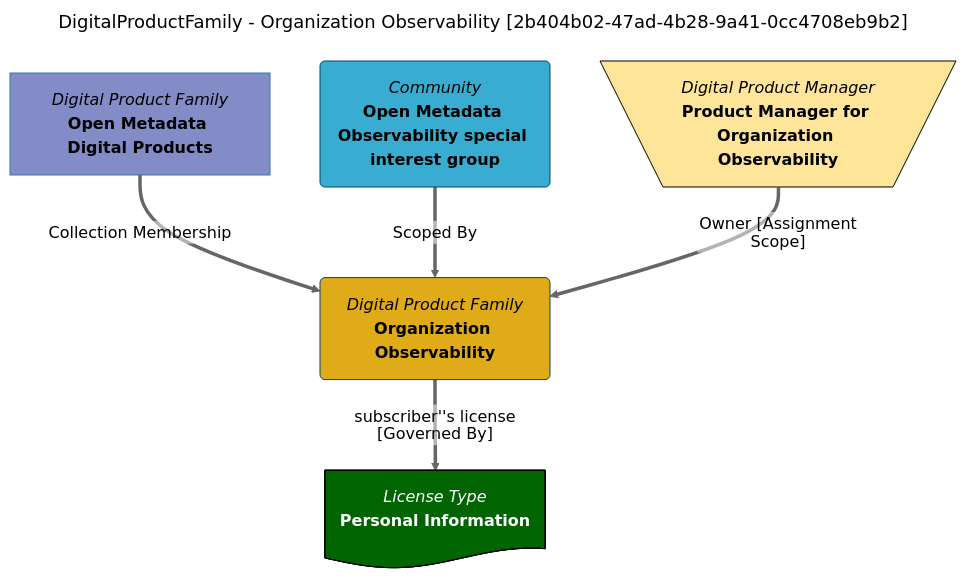
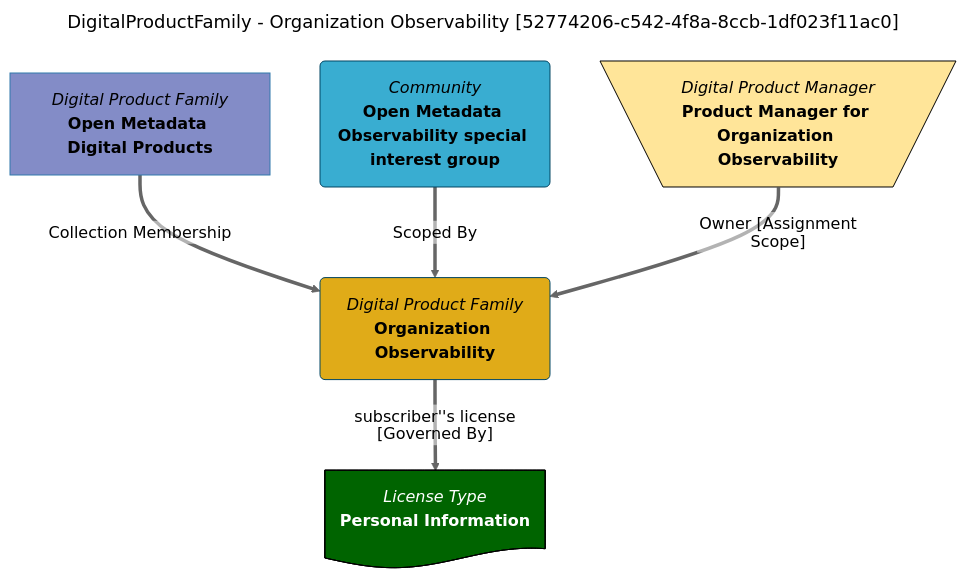
Before and after one commit to odpi/egeria-docs: the diagram in site/snippets/collections/digital-products/organization-observability-mermaid-graph.md, drawn with Mermaid (neutral theme). The commit also changed 2201 other files, not shown here.

````diff
--- a/site/snippets/collections/digital-products/organization-observability-mermaid-graph.md
+++ b/site/snippets/collections/digital-products/organization-observability-mermaid-graph.md
@@ -1,27 +1,27 @@
 ```mermaid
 ---
-title: DigitalProductFamily - Organization Observability [2b404b02-47ad-4b28-9a41-0cc4708eb9b2]
+title: DigitalProductFamily - Organization Observability [52774206-c542-4f8a-8ccb-1df023f11ac0]
 ---
 flowchart TD
 %%{init: {"flowchart": {"htmlLabels": false}} }%%
 
 1@{ shape: rounded, label: "*Digital Product Family*
 **Organization Observability**"}
 2@{ shape: rect, label: "*Digital Product Family*
 **Open Metadata Digital Products**"}
 2==>|"Collection Membership"|1
 3@{ shape: rounded, label: "*Community*
 **Open Metadata Observability special interest group**"}
 3==>|"Scoped By"|1
 4@{ shape: trap-t, label: "*Digital Product Manager*
 **Product Manager for Organization Observability**"}
 4==>|"Owner [Assignment Scope]"|1
 5@{ shape: doc, label: "*License Type*
 **Personal Information**"}
 1==>|"subscriber''s license [Governed By]"|5
 style 1 color:#000000, fill:#e0ab18, stroke:#004563
 style 2 color:#000000, fill:#838cc7, stroke:#3079ab
 style 3 color:#000000, fill:#39add1, stroke:#004563
 style 4 color:#000000, fill:#FFE599, stroke:#000000
 style 5 color:#FFFFFF, fill:#006400, stroke:#000000
 ```
````
